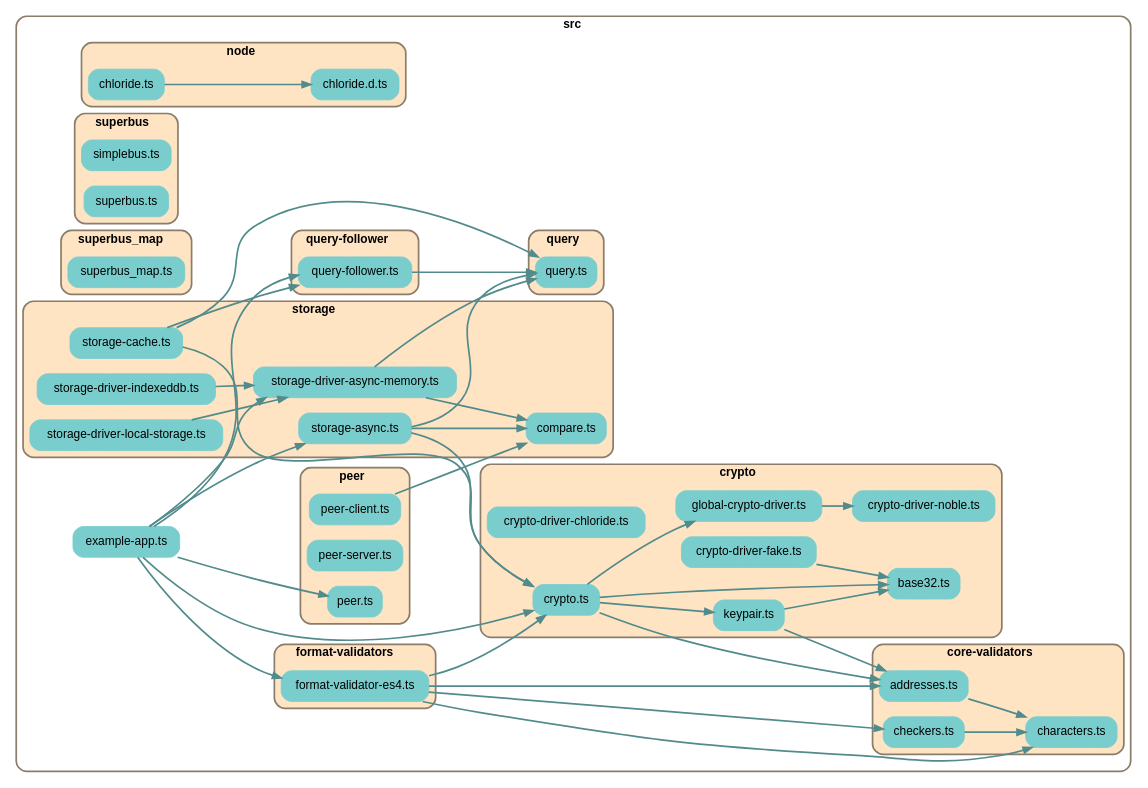
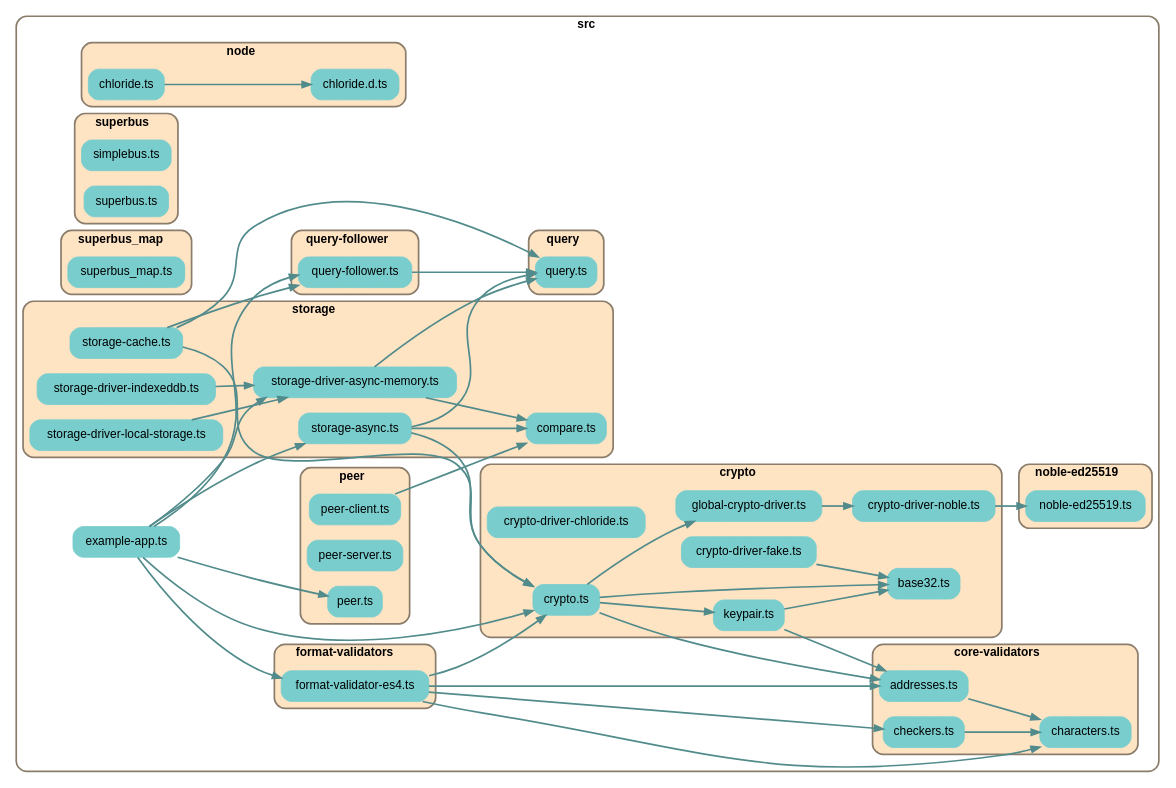
Before and after one commit to earthstar-project/earthstar: the diagram in depchart/depchart-no-types.dot, drawn with Graphviz. The commit also changed 6 other files, not shown here.

```diff
--- a/depchart/depchart-no-types.dot
+++ b/depchart/depchart-no-types.dot
@@ -1,176 +1,187 @@
 
 digraph G {
     //splines=line;
     //splines=polyline;
     splines=true;
     rankdir=LR;
     //newrank=true;
     compound=true;
     graph [fontname = "helvetica"];  // dpi=72
     node [fontname = "helvetica"];
     edge [fontname = "helvetica"];
     
     // files in their folder clusters
 
-    subgraph cluster4502094404 {
+    subgraph cluster4626744552 {
         label=<<b>src</b>>;
         style="rounded";
         color=bisque4;
         penwidth=2;
                     
         "src/example-app.ts" [label="example-app.ts", shape=rectangle; style="rounded,filled"; color=darkslategray3];
 
-        subgraph cluster1715079597 {
+        subgraph cluster8076274598 {
             label=<<b>core-validators</b>>;
             style="rounded,filled";
             fillcolor=bisque;
             color=bisque4;
             penwidth=2;
                     
             "src/core-validators/addresses.ts" [label="addresses.ts", shape=rectangle; style="rounded,filled"; color=darkslategray3];
             "src/core-validators/characters.ts" [label="characters.ts", shape=rectangle; style="rounded,filled"; color=darkslategray3];
             "src/core-validators/checkers.ts" [label="checkers.ts", shape=rectangle; style="rounded,filled"; color=darkslategray3];
         }
 
-        subgraph cluster2209333628 {
+        subgraph cluster5335403904 {
             label=<<b>crypto</b>>;
             style="rounded,filled";
             fillcolor=bisque;
             color=bisque4;
             penwidth=2;
                     
             "src/crypto/base32.ts" [label="base32.ts", shape=rectangle; style="rounded,filled"; color=darkslategray3];
             "src/crypto/crypto-driver-chloride.ts" [label="crypto-driver-chloride.ts", shape=rectangle; style="rounded,filled"; color=darkslategray3];
             "src/crypto/crypto-driver-fake.ts" [label="crypto-driver-fake.ts", shape=rectangle; style="rounded,filled"; color=darkslategray3];
             "src/crypto/crypto-driver-noble.ts" [label="crypto-driver-noble.ts", shape=rectangle; style="rounded,filled"; color=darkslategray3];
             "src/crypto/crypto.ts" [label="crypto.ts", shape=rectangle; style="rounded,filled"; color=darkslategray3];
             "src/crypto/global-crypto-driver.ts" [label="global-crypto-driver.ts", shape=rectangle; style="rounded,filled"; color=darkslategray3];
             "src/crypto/keypair.ts" [label="keypair.ts", shape=rectangle; style="rounded,filled"; color=darkslategray3];
         }
 
-        subgraph cluster8623678458 {
+        subgraph cluster5510426513 {
             label=<<b>format-validators</b>>;
             style="rounded,filled";
             fillcolor=bisque;
             color=bisque4;
             penwidth=2;
                     
             "src/format-validators/format-validator-es4.ts" [label="format-validator-es4.ts", shape=rectangle; style="rounded,filled"; color=darkslategray3];
         }
 
-        subgraph cluster4594799959 {
+        subgraph cluster5479328081 {
+            label=<<b>noble-ed25519</b>>;
+            style="rounded,filled";
+            fillcolor=bisque;
+            color=bisque4;
+            penwidth=2;
+                    
+            "src/noble-ed25519/noble-ed25519.ts" [label="noble-ed25519.ts", shape=rectangle; style="rounded,filled"; color=darkslategray3];
+        }
+
+        subgraph cluster8937915439 {
             label=<<b>node</b>>;
             style="rounded,filled";
             fillcolor=bisque;
             color=bisque4;
             penwidth=2;
                     
             "src/node/chloride.d.ts" [label="chloride.d.ts", shape=rectangle; style="rounded,filled"; color=darkslategray3];
             "src/node/chloride.ts" [label="chloride.ts", shape=rectangle; style="rounded,filled"; color=darkslategray3];
         }
 
-        subgraph cluster1250985308 {
+        subgraph cluster984634690 {
             label=<<b>peer</b>>;
             style="rounded,filled";
             fillcolor=bisque;
             color=bisque4;
             penwidth=2;
                     
             "src/peer/peer-client.ts" [label="peer-client.ts", shape=rectangle; style="rounded,filled"; color=darkslategray3];
             "src/peer/peer-server.ts" [label="peer-server.ts", shape=rectangle; style="rounded,filled"; color=darkslategray3];
             "src/peer/peer.ts" [label="peer.ts", shape=rectangle; style="rounded,filled"; color=darkslategray3];
         }
 
-        subgraph cluster5237210782 {
+        subgraph cluster7939876572 {
             label=<<b>query-follower</b>>;
             style="rounded,filled";
             fillcolor=bisque;
             color=bisque4;
             penwidth=2;
                     
             "src/query-follower/query-follower.ts" [label="query-follower.ts", shape=rectangle; style="rounded,filled"; color=darkslategray3];
         }
 
-        subgraph cluster8569878923 {
+        subgraph cluster4555387081 {
             label=<<b>query</b>>;
             style="rounded,filled";
             fillcolor=bisque;
             color=bisque4;
             penwidth=2;
                     
             "src/query/query.ts" [label="query.ts", shape=rectangle; style="rounded,filled"; color=darkslategray3];
         }
 
-        subgraph cluster2163770692 {
+        subgraph cluster8885075284 {
             label=<<b>storage</b>>;
             style="rounded,filled";
             fillcolor=bisque;
             color=bisque4;
             penwidth=2;
                     
             "src/storage/compare.ts" [label="compare.ts", shape=rectangle; style="rounded,filled"; color=darkslategray3];
             "src/storage/storage-async.ts" [label="storage-async.ts", shape=rectangle; style="rounded,filled"; color=darkslategray3];
             "src/storage/storage-cache.ts" [label="storage-cache.ts", shape=rectangle; style="rounded,filled"; color=darkslategray3];
             "src/storage/storage-driver-async-memory.ts" [label="storage-driver-async-memory.ts", shape=rectangle; style="rounded,filled"; color=darkslategray3];
             "src/storage/storage-driver-indexeddb.ts" [label="storage-driver-indexeddb.ts", shape=rectangle; style="rounded,filled"; color=darkslategray3];
             "src/storage/storage-driver-local-storage.ts" [label="storage-driver-local-storage.ts", shape=rectangle; style="rounded,filled"; color=darkslategray3];
         }
 
-        subgraph cluster1071581800 {
+        subgraph cluster3081911620 {
             label=<<b>superbus</b>>;
             style="rounded,filled";
             fillcolor=bisque;
             color=bisque4;
             penwidth=2;
                     
             "src/superbus/simplebus.ts" [label="simplebus.ts", shape=rectangle; style="rounded,filled"; color=darkslategray3];
             "src/superbus/superbus.ts" [label="superbus.ts", shape=rectangle; style="rounded,filled"; color=darkslategray3];
         }
 
-        subgraph cluster5118522266 {
+        subgraph cluster4986110711 {
             label=<<b>superbus_map</b>>;
             style="rounded,filled";
             fillcolor=bisque;
             color=bisque4;
             penwidth=2;
                     
             "src/superbus_map/superbus_map.ts" [label="superbus_map.ts", shape=rectangle; style="rounded,filled"; color=darkslategray3];
         }
     }
 
     // edges between files
     "src/core-validators/addresses.ts" -> "src/core-validators/characters.ts" [penwidth=2; color=darkslategray4];
     "src/core-validators/checkers.ts" -> "src/core-validators/characters.ts" [penwidth=2; color=darkslategray4];
     "src/crypto/crypto-driver-fake.ts" -> "src/crypto/base32.ts" [penwidth=2; color=darkslategray4];
+    "src/crypto/crypto-driver-noble.ts" -> "src/noble-ed25519/noble-ed25519.ts" [penwidth=2; color=darkslategray4];
     "src/crypto/crypto.ts" -> "src/crypto/base32.ts" [penwidth=2; color=darkslategray4];
     "src/crypto/crypto.ts" -> "src/crypto/keypair.ts" [penwidth=2; color=darkslategray4];
     "src/crypto/crypto.ts" -> "src/core-validators/addresses.ts" [penwidth=2; color=darkslategray4];
     "src/crypto/crypto.ts" -> "src/crypto/global-crypto-driver.ts" [penwidth=2; color=darkslategray4];
     "src/crypto/global-crypto-driver.ts" -> "src/crypto/crypto-driver-noble.ts" [penwidth=2; color=darkslategray4];
     "src/crypto/keypair.ts" -> "src/crypto/base32.ts" [penwidth=2; color=darkslategray4];
     "src/crypto/keypair.ts" -> "src/core-validators/addresses.ts" [penwidth=2; color=darkslategray4];
     "src/example-app.ts" -> "src/format-validators/format-validator-es4.ts" [penwidth=2; color=darkslategray4];
     "src/example-app.ts" -> "src/storage/storage-driver-async-memory.ts" [penwidth=2; color=darkslategray4];
     "src/example-app.ts" -> "src/storage/storage-async.ts" [penwidth=2; color=darkslategray4];
     "src/example-app.ts" -> "src/crypto/crypto.ts" [penwidth=2; color=darkslategray4];
     "src/example-app.ts" -> "src/query-follower/query-follower.ts" [penwidth=2; color=darkslategray4];
     "src/example-app.ts" -> "src/peer/peer.ts" [penwidth=2; color=darkslategray4];
     "src/format-validators/format-validator-es4.ts" -> "src/crypto/crypto.ts" [penwidth=2; color=darkslategray4];
     "src/format-validators/format-validator-es4.ts" -> "src/core-validators/characters.ts" [penwidth=2; color=darkslategray4];
     "src/format-validators/format-validator-es4.ts" -> "src/core-validators/checkers.ts" [penwidth=2; color=darkslategray4];
     "src/format-validators/format-validator-es4.ts" -> "src/core-validators/addresses.ts" [penwidth=2; color=darkslategray4];
     "src/node/chloride.ts" -> "src/node/chloride.d.ts" [penwidth=2; color=darkslategray4];
     "src/peer/peer-client.ts" -> "src/storage/compare.ts" [penwidth=2; color=darkslategray4];
     "src/query-follower/query-follower.ts" -> "src/query/query.ts" [penwidth=2; color=darkslategray4];
     "src/storage/storage-async.ts" -> "src/storage/compare.ts" [penwidth=2; color=darkslategray4];
     "src/storage/storage-async.ts" -> "src/crypto/crypto.ts" [penwidth=2; color=darkslategray4];
     "src/storage/storage-async.ts" -> "src/query/query.ts" [penwidth=2; color=darkslategray4];
     "src/storage/storage-cache.ts" -> "src/query/query.ts" [penwidth=2; color=darkslategray4];
     "src/storage/storage-cache.ts" -> "src/query-follower/query-follower.ts" [penwidth=2; color=darkslategray4];
     "src/storage/storage-cache.ts" -> "src/crypto/crypto.ts" [penwidth=2; color=darkslategray4];
     "src/storage/storage-driver-async-memory.ts" -> "src/storage/compare.ts" [penwidth=2; color=darkslategray4];
     "src/storage/storage-driver-async-memory.ts" -> "src/query/query.ts" [penwidth=2; color=darkslategray4];
     "src/storage/storage-driver-indexeddb.ts" -> "src/storage/storage-driver-async-memory.ts" [penwidth=2; color=darkslategray4];
     "src/storage/storage-driver-local-storage.ts" -> "src/storage/storage-driver-async-memory.ts" [penwidth=2; color=darkslategray4];
 
 }
```
